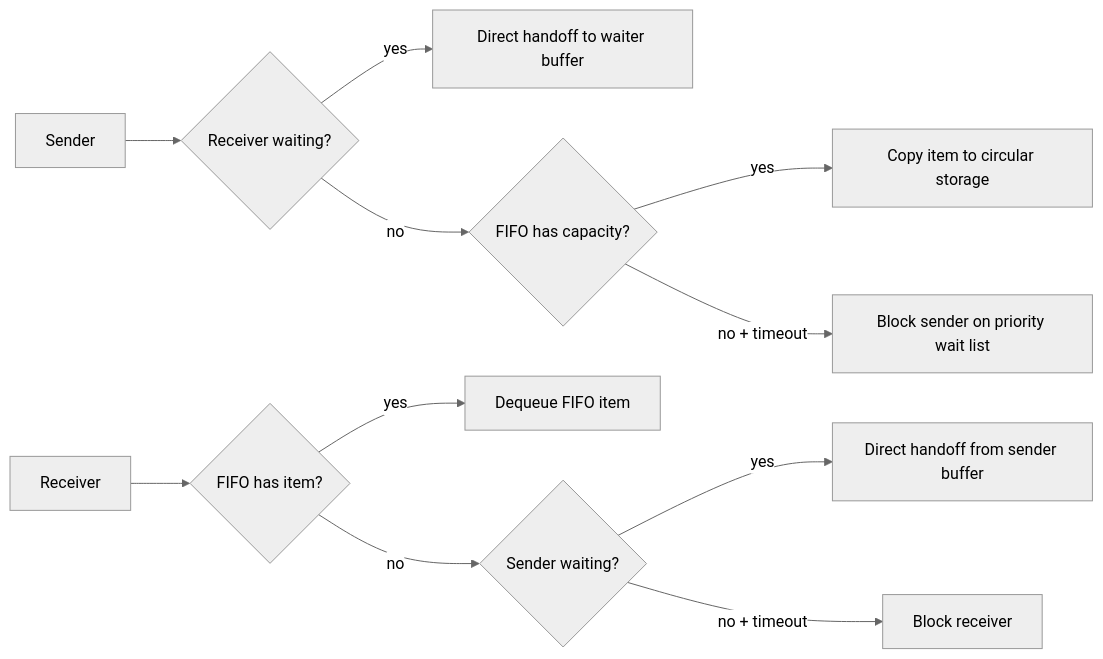
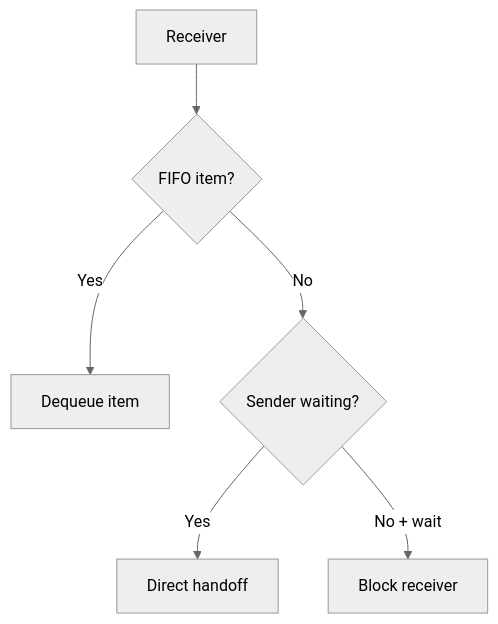
The second of 2 diagrams in docs/02-synchronization/queue.md (haikevins/hairtos), drawn with Mermaid (neutral theme) before and after one commit. The commit also changed other lines of this file and 82 other files, not shown here.

````diff
--- a/docs/02-synchronization/queue.md
+++ b/docs/02-synchronization/queue.md
@@ -46,13 +58,8 @@
 ```mermaid
-flowchart LR
-    S["Sender"] --> Q{"Receiver waiting?"}
-    Q -->|"yes"| H["Direct handoff to waiter buffer"]
-    Q -->|"no"| CAP{"FIFO has capacity?"}
-    CAP -->|"yes"| ENQ["Copy item to circular storage"]
-    CAP -->|"no + timeout"| SW["Block sender on priority wait list"]
-    R["Receiver"] --> E{"FIFO has item?"}
-    E -->|"yes"| DEQ["Dequeue FIFO item"]
-    E -->|"no"| SS{"Sender waiting?"}
-    SS -->|"yes"| DH["Direct handoff from sender buffer"]
-    SS -->|"no + timeout"| RW["Block receiver"]
+flowchart TB
+    R["Receiver"] --> E{"FIFO item?"}
+    E -->|"Yes"| DEQ["Dequeue item"]
+    E -->|"No"| SS{"Sender waiting?"}
+    SS -->|"Yes"| DH["Direct handoff"]
+    SS -->|"No + wait"| RW["Block receiver"]
 ```
````
